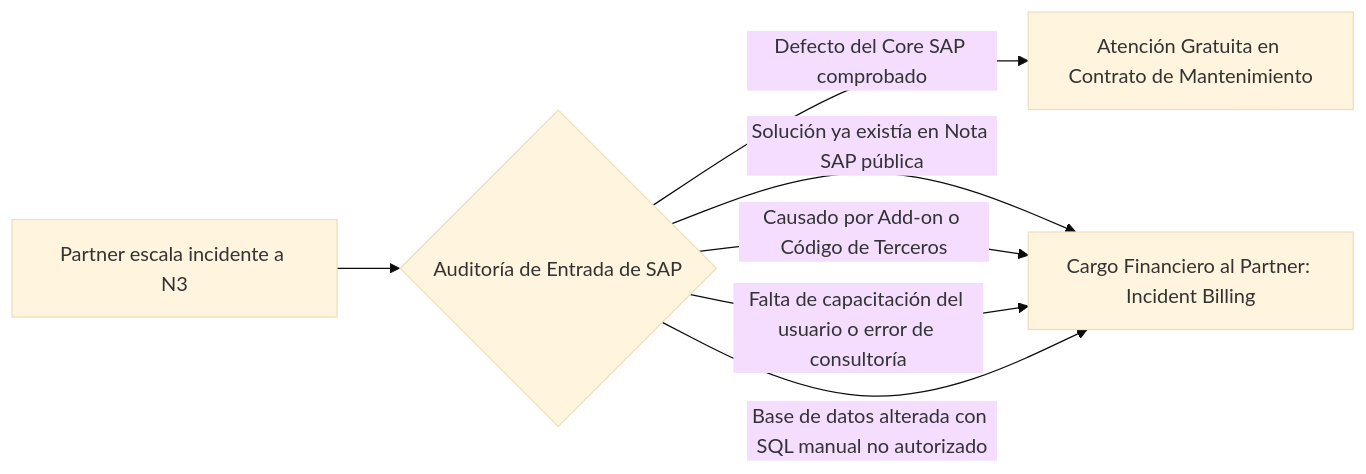
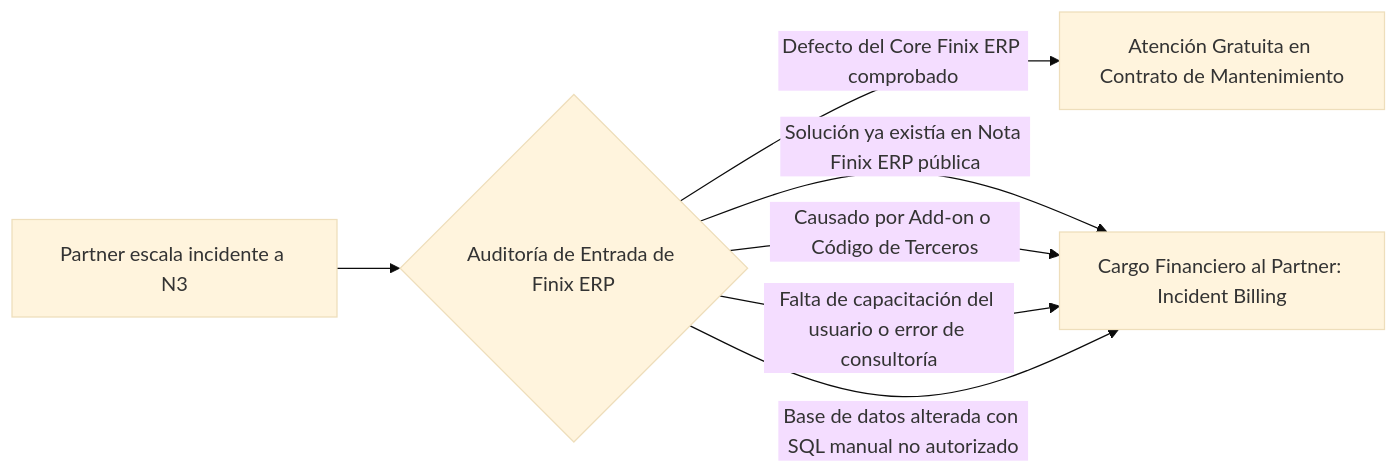
Before and after one commit to pablofgarciaf/B1-ACADEMY: the second of 11 diagrams in public/modulos/Modulo_09.md, drawn with Mermaid (base theme). The commit also changed other lines of this file and 4125 other files, not shown here.

````diff
--- a/public/modulos/Modulo_09.md
+++ b/public/modulos/Modulo_09.md
@@ -76,9 +76,9 @@
 ```mermaid
 flowchart LR
-    A[Partner escala incidente a N3] --> B{Auditoría de Entrada de SAP}
-    B -->|Defecto del Core SAP comprobado| C[Atención Gratuita en Contrato de Mantenimiento]
-    B -->|Solución ya existía en Nota SAP pública| D[Cargo Financiero al Partner: Incident Billing]
+    A[Partner escala incidente a N3] --> B{Auditoría de Entrada de Finix ERP}
+    B -->|Defecto del Core Finix ERP comprobado| C[Atención Gratuita en Contrato de Mantenimiento]
+    B -->|Solución ya existía en Nota Finix ERP pública| D[Cargo Financiero al Partner: Incident Billing]
     B -->|Causado por Add-on o Código de Terceros| D
     B -->|Falta de capacitación del usuario o error de consultoría| D
     B -->|Base de datos alterada con SQL manual no autorizado| D
 ```
````
